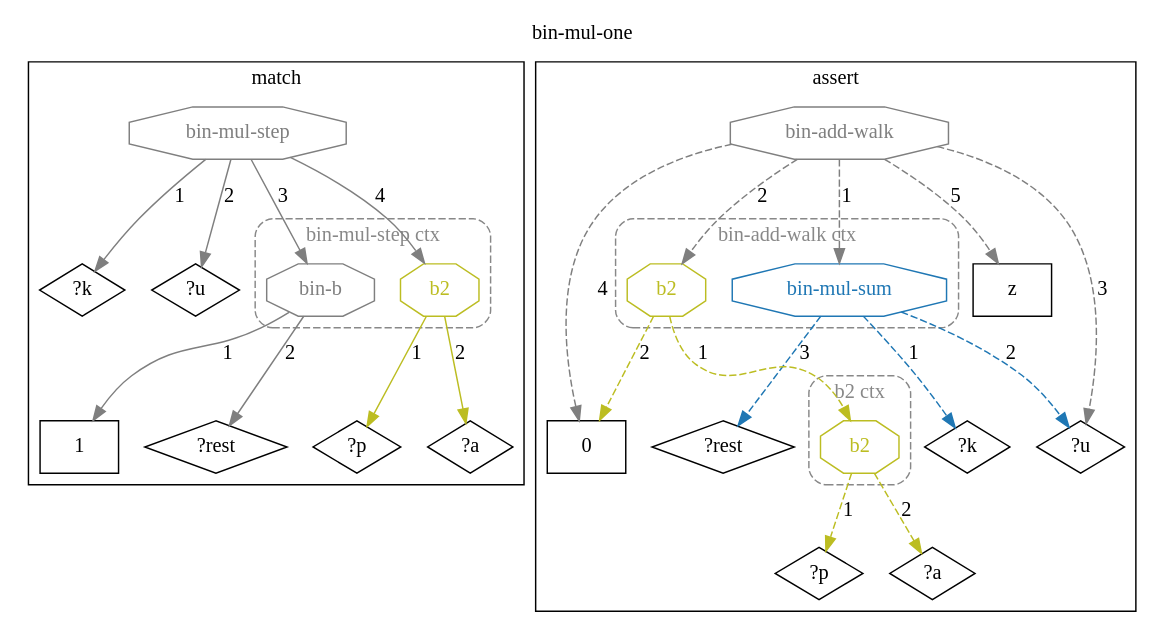
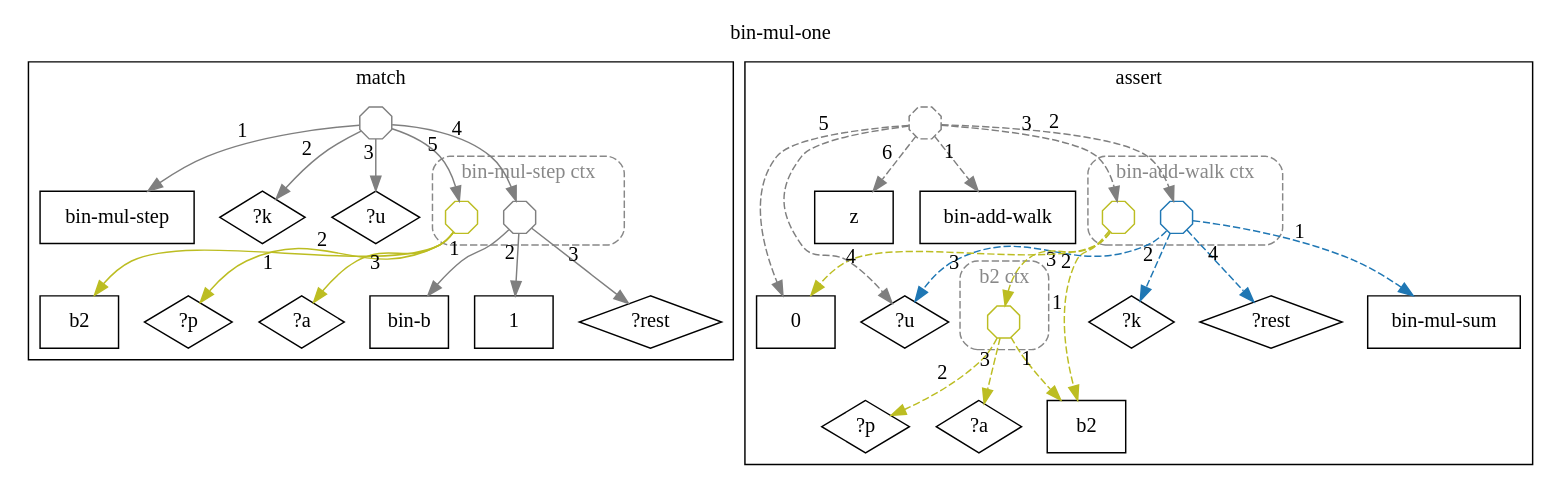
Before and after one commit to agutikov/ein: the diagram in docs/ein/user/04-reference/04-stdlib/diagrams/15-std.math.binary-arith.bin-mul-one.dot, drawn with Graphviz. The commit also changed 1083 other files, not shown here.

```diff
--- a/docs/ein/user/04-reference/04-stdlib/diagrams/15-std.math.binary-arith.bin-mul-one.dot
+++ b/docs/ein/user/04-reference/04-stdlib/diagrams/15-std.math.binary-arith.bin-mul-one.dot
@@ -1,57 +1,70 @@
 digraph rule_bin_mul_one_lhs_rhs {
   rankdir=TB;
   label="bin-mul-one"; labelloc=t;
   subgraph cluster_lhs { label="match";
+    "bin-mul-step_L" [label="bin-mul-step", shape=box];
     "?k_L" [label="?k", shape=diamond];
     "?u_L" [label="?u", shape=diamond];
-    "1_L" [label="1", shape=rectangle];
+    "bin-b_L" [label="bin-b", shape=box];
+    "1_L" [label="1", shape=box];
     "?rest_L" [label="?rest", shape=diamond];
+    "b2_L" [label="b2", shape=box];
     "?p_L" [label="?p", shape=diamond];
     "?a_L" [label="?a", shape=diamond];
     subgraph cluster_ctx_L_0 {
       label="bin-mul-step ctx"; style="dashed,rounded"; color="#888888"; fontcolor="#888888";
-      "(bin-b 1 ?rest)_L" [shape=octagon, label="bin-b", color="#7f7f7f", fontcolor="#7f7f7f"];
-      "(b2 ?p ?a)_L" [shape=octagon, label="b2", color="#bcbd22", fontcolor="#bcbd22"];
+      "(bin-b 1 ?rest)_L" [shape=octagon, label="", width=0.3, height=0.3, fixedsize=true, color="#7f7f7f"];
+      "(b2 ?p ?a)_L" [shape=octagon, label="", width=0.3, height=0.3, fixedsize=true, color="#bcbd22"];
     }
-    "h1_bin-mul-step_L" [shape=octagon, label="bin-mul-step", color="#7f7f7f", fontcolor="#7f7f7f"];
-    "h1_bin-mul-step_L" -> "?k_L" [label="1", color="#7f7f7f"];
-    "h1_bin-mul-step_L" -> "?u_L" [label="2", color="#7f7f7f"];
-    "h1_bin-mul-step_L" -> "(bin-b 1 ?rest)_L" [label="3", color="#7f7f7f"];
-    "h1_bin-mul-step_L" -> "(b2 ?p ?a)_L" [label="4", color="#7f7f7f"];
-    "(bin-b 1 ?rest)_L" -> "1_L" [label="1", color="#7f7f7f"];
-    "(bin-b 1 ?rest)_L" -> "?rest_L" [label="2", color="#7f7f7f"];
-    "(b2 ?p ?a)_L" -> "?p_L" [label="1", color="#bcbd22"];
-    "(b2 ?p ?a)_L" -> "?a_L" [label="2", color="#bcbd22"];
+    "h1_bin-mul-step_L" [shape=octagon, label="", width=0.3, height=0.3, fixedsize=true, color="#7f7f7f"];
+    "h1_bin-mul-step_L" -> "bin-mul-step_L" [xlabel="1", color="#7f7f7f"];
+    "h1_bin-mul-step_L" -> "?k_L" [xlabel="2", color="#7f7f7f"];
+    "h1_bin-mul-step_L" -> "?u_L" [xlabel="3", color="#7f7f7f"];
+    "h1_bin-mul-step_L" -> "(bin-b 1 ?rest)_L" [xlabel="4", color="#7f7f7f"];
+    "h1_bin-mul-step_L" -> "(b2 ?p ?a)_L" [xlabel="5", color="#7f7f7f"];
+    "(bin-b 1 ?rest)_L" -> "bin-b_L" [xlabel="1", color="#7f7f7f"];
+    "(bin-b 1 ?rest)_L" -> "1_L" [xlabel="2", color="#7f7f7f"];
+    "(bin-b 1 ?rest)_L" -> "?rest_L" [xlabel="3", color="#7f7f7f"];
+    "(b2 ?p ?a)_L" -> "b2_L" [xlabel="1", color="#bcbd22"];
+    "(b2 ?p ?a)_L" -> "?p_L" [xlabel="2", color="#bcbd22"];
+    "(b2 ?p ?a)_L" -> "?a_L" [xlabel="3", color="#bcbd22"];
   }
   subgraph cluster_rhs { label="assert";
+    "bin-add-walk_R" [label="bin-add-walk", shape=box];
+    "bin-mul-sum_R" [label="bin-mul-sum", shape=box];
     "?k_R" [label="?k", shape=diamond];
     "?u_R" [label="?u", shape=diamond];
     "?rest_R" [label="?rest", shape=diamond];
+    "b2_R" [label="b2", shape=box];
     "?p_R" [label="?p", shape=diamond];
     "?a_R" [label="?a", shape=diamond];
-    "0_R" [label="0", shape=rectangle];
-    "z_R" [label="z", shape=rectangle];
+    "0_R" [label="0", shape=box];
+    "z_R" [label="z", shape=box];
     subgraph cluster_ctx_R_0 {
       label="b2 ctx"; style="dashed,rounded"; color="#888888"; fontcolor="#888888";
-      "(b2 ?p ?a)_R" [shape=octagon, label="b2", color="#bcbd22", fontcolor="#bcbd22"];
+      "(b2 ?p ?a)_R" [shape=octagon, label="", width=0.3, height=0.3, fixedsize=true, color="#bcbd22"];
     }
     subgraph cluster_ctx_R_1 {
       label="bin-add-walk ctx"; style="dashed,rounded"; color="#888888"; fontcolor="#888888";
-      "(bin-mul-sum ?k ?u ?rest)_R" [shape=octagon, label="bin-mul-sum", color="#1f77b4", fontcolor="#1f77b4"];
-      "(b2 (b2 ?p ?a) 0)_R" [shape=octagon, label="b2", color="#bcbd22", fontcolor="#bcbd22"];
+      "(bin-mul-sum ?k ?u ?rest)_R" [shape=octagon, label="", width=0.3, height=0.3, fixedsize=true, color="#1f77b4"];
+      "(b2 (b2 ?p ?a) 0)_R" [shape=octagon, label="", width=0.3, height=0.3, fixedsize=true, color="#bcbd22"];
     }
-    "h2_bin-add-walk_R" [shape=octagon, label="bin-add-walk", color="#7f7f7f", fontcolor="#7f7f7f"];
-    "h2_bin-add-walk_R" -> "(bin-mul-sum ?k ?u ?rest)_R" [label="1", color="#7f7f7f", style=dashed];
-    "h2_bin-add-walk_R" -> "(b2 (b2 ?p ?a) 0)_R" [label="2", color="#7f7f7f", style=dashed];
-    "h2_bin-add-walk_R" -> "?u_R" [label="3", color="#7f7f7f", style=dashed];
-    "h2_bin-add-walk_R" -> "0_R" [label="4", color="#7f7f7f", style=dashed];
-    "h2_bin-add-walk_R" -> "z_R" [label="5", color="#7f7f7f", style=dashed];
-    "(bin-mul-sum ?k ?u ?rest)_R" -> "?k_R" [label="1", color="#1f77b4", style=dashed];
-    "(bin-mul-sum ?k ?u ?rest)_R" -> "?u_R" [label="2", color="#1f77b4", style=dashed];
-    "(bin-mul-sum ?k ?u ?rest)_R" -> "?rest_R" [label="3", color="#1f77b4", style=dashed];
-    "(b2 (b2 ?p ?a) 0)_R" -> "(b2 ?p ?a)_R" [label="1", color="#bcbd22", style=dashed];
-    "(b2 (b2 ?p ?a) 0)_R" -> "0_R" [label="2", color="#bcbd22", style=dashed];
-    "(b2 ?p ?a)_R" -> "?p_R" [label="1", color="#bcbd22", style=dashed];
-    "(b2 ?p ?a)_R" -> "?a_R" [label="2", color="#bcbd22", style=dashed];
+    "h2_bin-add-walk_R" [shape=octagon, label="", width=0.3, height=0.3, fixedsize=true, color="#7f7f7f", style=dashed];
+    "h2_bin-add-walk_R" -> "bin-add-walk_R" [xlabel="1", color="#7f7f7f", style=dashed];
+    "h2_bin-add-walk_R" -> "(bin-mul-sum ?k ?u ?rest)_R" [xlabel="2", color="#7f7f7f", style=dashed];
+    "h2_bin-add-walk_R" -> "(b2 (b2 ?p ?a) 0)_R" [xlabel="3", color="#7f7f7f", style=dashed];
+    "h2_bin-add-walk_R" -> "?u_R" [xlabel="4", color="#7f7f7f", style=dashed];
+    "h2_bin-add-walk_R" -> "0_R" [xlabel="5", color="#7f7f7f", style=dashed];
+    "h2_bin-add-walk_R" -> "z_R" [xlabel="6", color="#7f7f7f", style=dashed];
+    "(bin-mul-sum ?k ?u ?rest)_R" -> "bin-mul-sum_R" [xlabel="1", color="#1f77b4", style=dashed];
+    "(bin-mul-sum ?k ?u ?rest)_R" -> "?k_R" [xlabel="2", color="#1f77b4", style=dashed];
+    "(bin-mul-sum ?k ?u ?rest)_R" -> "?u_R" [xlabel="3", color="#1f77b4", style=dashed];
+    "(bin-mul-sum ?k ?u ?rest)_R" -> "?rest_R" [xlabel="4", color="#1f77b4", style=dashed];
+    "(b2 (b2 ?p ?a) 0)_R" -> "b2_R" [xlabel="1", color="#bcbd22", style=dashed];
+    "(b2 (b2 ?p ?a) 0)_R" -> "(b2 ?p ?a)_R" [xlabel="2", color="#bcbd22", style=dashed];
+    "(b2 (b2 ?p ?a) 0)_R" -> "0_R" [xlabel="3", color="#bcbd22", style=dashed];
+    "(b2 ?p ?a)_R" -> "b2_R" [xlabel="1", color="#bcbd22", style=dashed];
+    "(b2 ?p ?a)_R" -> "?p_R" [xlabel="2", color="#bcbd22", style=dashed];
+    "(b2 ?p ?a)_R" -> "?a_R" [xlabel="3", color="#bcbd22", style=dashed];
   }
 }
```
